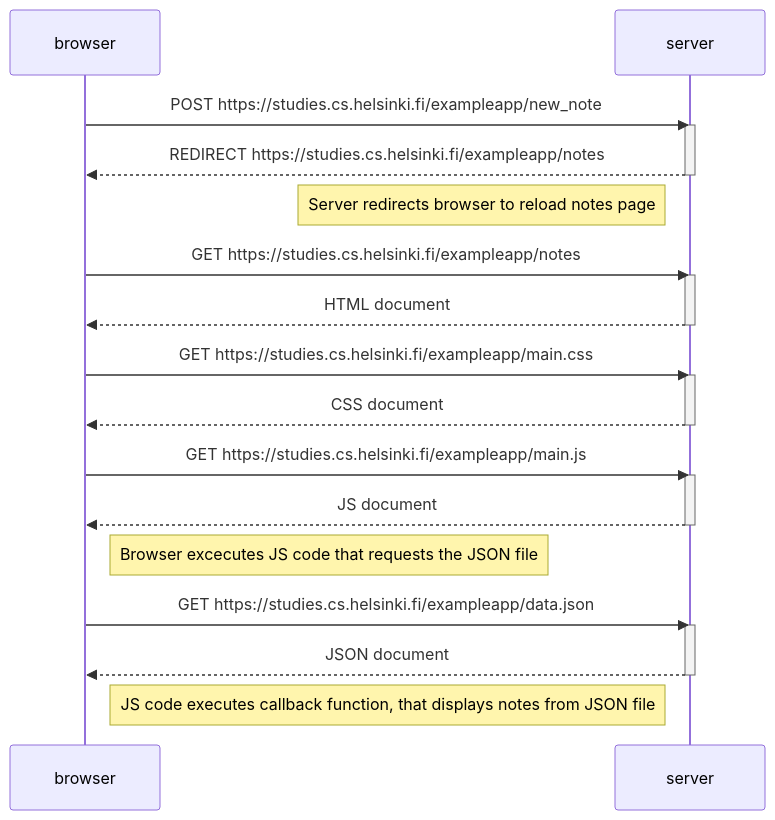
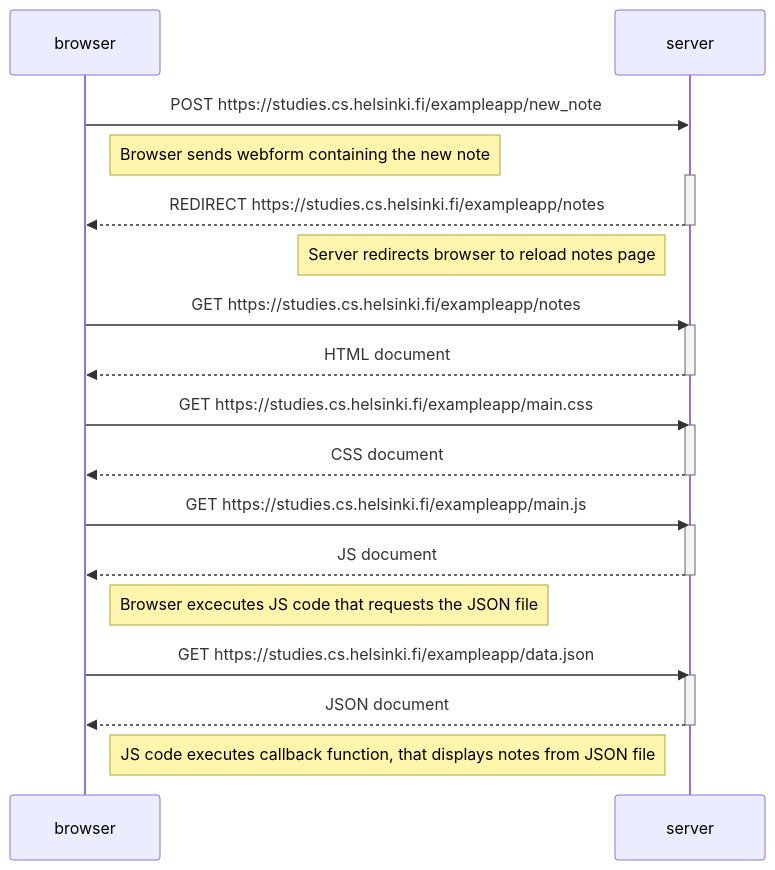
Before and after one commit to Pekeps/Fullstack-Open: the diagram in Osa0/T0.4_uusi-muistiinpano.md, drawn with Mermaid.

````diff
--- a/Osa0/T0.4_uusi-muistiinpano.md
+++ b/Osa0/T0.4_uusi-muistiinpano.md
@@ -1,36 +1,37 @@
 ```mermaid
 sequenceDiagram
     participant browser
     participant server
 
     browser->>server: POST https://studies.cs.helsinki.fi/exampleapp/new_note
+	Note right of browser: Browser sends webform containing the new note
 	activate server
 	server-->>browser: REDIRECT https://studies.cs.helsinki.fi/exampleapp/notes
 	deactivate server
 
     Note left of server: Server redirects browser to reload notes page
 
     browser->>server: GET https://studies.cs.helsinki.fi/exampleapp/notes
 	activate server
 	server-->>browser: HTML document
 	deactivate server
 
 	browser->>server: GET https://studies.cs.helsinki.fi/exampleapp/main.css
 	activate server
 	server-->>browser: CSS document
 	deactivate server
 
 	browser->>server: GET https://studies.cs.helsinki.fi/exampleapp/main.js
 	activate server
 	server-->>browser: JS document
 	deactivate server
 
 	Note right of browser: Browser excecutes JS code that requests the JSON  file
 	
 	browser->>server: GET https://studies.cs.helsinki.fi/exampleapp/data.json
 	activate server
 	server-->>browser: JSON document
 	deactivate server
 
 	Note right of browser: JS code executes callback function, that displays notes from JSON file
 ```
````
